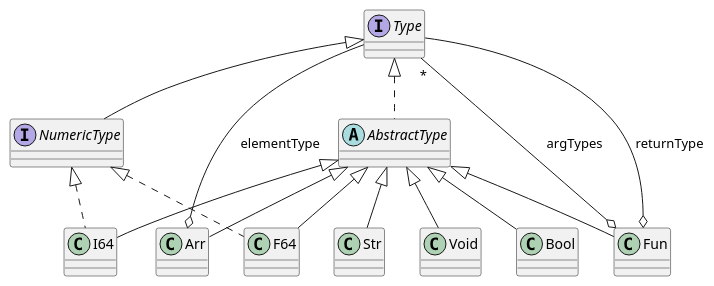
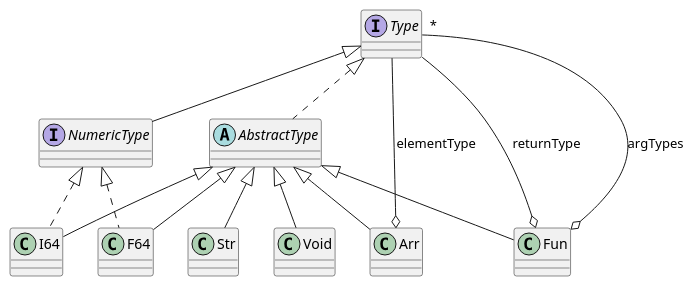
The diagram in docs/diagrams/Types.puml (dykstrom/jcc), drawn with PlantUML before and after one commit. The commit also changed 43 other files, not shown here.

```diff
--- a/docs/diagrams/Types.puml
+++ b/docs/diagrams/Types.puml
@@ -1,35 +1,33 @@
 @startuml
 
 interface Type
 interface NumericType
 
 abstract class AbstractType
 
 class Arr
-class Bool
 class F64
 class Fun
 class I64
 class Str
 class Void
 
 Type <|-- NumericType
 Type <|.. AbstractType
 
 NumericType <|.. F64
 NumericType <|.. I64
 
 AbstractType <|-- Arr
-AbstractType <|-- Bool
 AbstractType <|-- F64
 AbstractType <|-- Fun
 AbstractType <|-- I64
 AbstractType <|-- Str
 AbstractType <|-- Void
 
 Arr o-- Type : elementType
 
 Fun o-- "*" Type : argTypes
 Fun o-- Type : returnType
 
 @enduml
```
